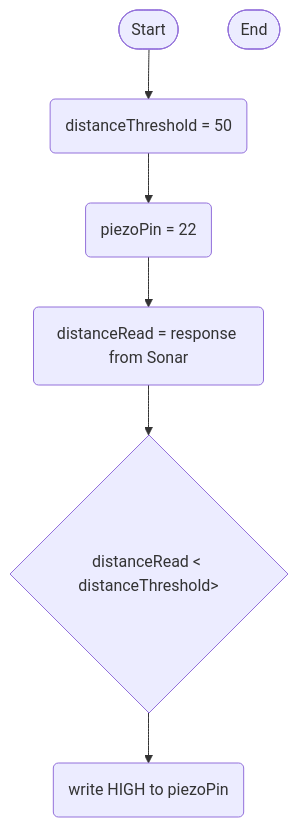
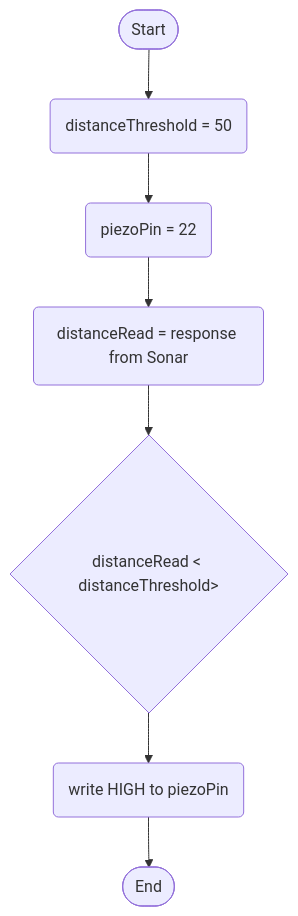
Before and after one commit to 0717330/arduino-board-project: the diagram in logic.md, drawn with Mermaid.

````diff
--- a/logic.md
+++ b/logic.md
@@ -1,17 +1,18 @@
 ```mermaid
 flowchart TD
 terminalStart([Start])
 terminalEnd([End])
 
 thresholdSet(distanceThreshold = 50)
 setPiezoPin(piezoPin = 22)
 currentDistanceReading(distanceRead = response from Sonar)
 activatePiezo(write HIGH to piezoPin)
 ifDistanceLessThanThreshold{distanceRead < distanceThreshold>}
 
 terminalStart --> thresholdSet
 thresholdSet --> setPiezoPin
 setPiezoPin --> currentDistanceReading
 currentDistanceReading --> ifDistanceLessThanThreshold
 ifDistanceLessThanThreshold --> activatePiezo
+activatePiezo --> terminalEnd
 ```
````
